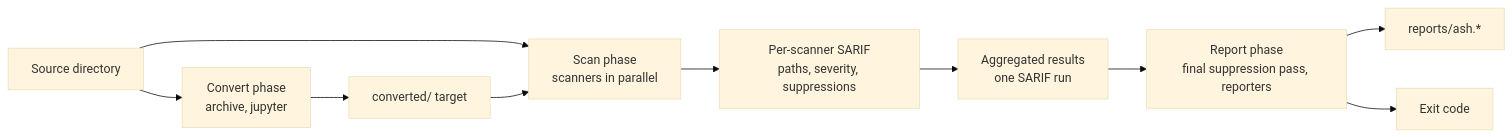
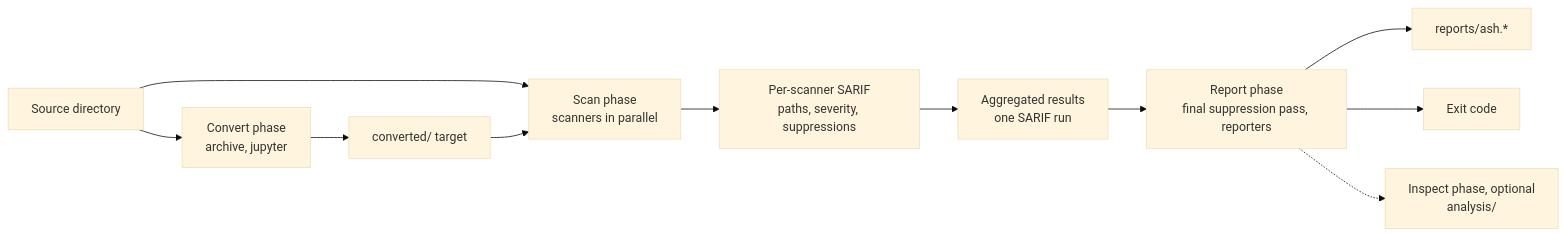
One commit to awslabs/automated-security-helper changed the diagram in docs/content/concepts/how-ash-works.md. Above: the diagram before and after it, drawn with Mermaid (base theme). The commit also changed other lines of this file and 3 other files, not shown here.

First line of the commit message:
docs: show converters and the inspect phase in the scan visuals

````diff
--- a/docs/content/concepts/how-ash-works.md
+++ b/docs/content/concepts/how-ash-works.md
@@ -9,12 +9,13 @@
 ```mermaid
 flowchart LR
     src[Source directory] --> convert[Convert phase<br/>archive, jupyter]
     convert --> conv[converted/ target]
     src --> scan
     conv --> scan[Scan phase<br/>scanners in parallel]
     scan --> sarif[Per-scanner SARIF<br/>paths, severity, suppressions]
     sarif --> merged[Aggregated results<br/>one SARIF run]
     merged --> report[Report phase<br/>final suppression pass, reporters]
     report --> out[reports/ash.*]
     report --> code[Exit code]
+    report -.-> inspect[Inspect phase, optional<br/>analysis/]
 ```
````
